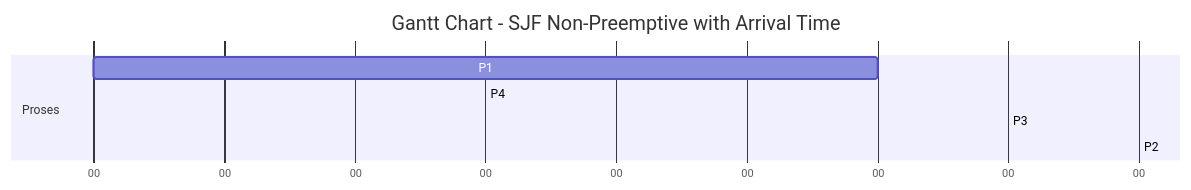
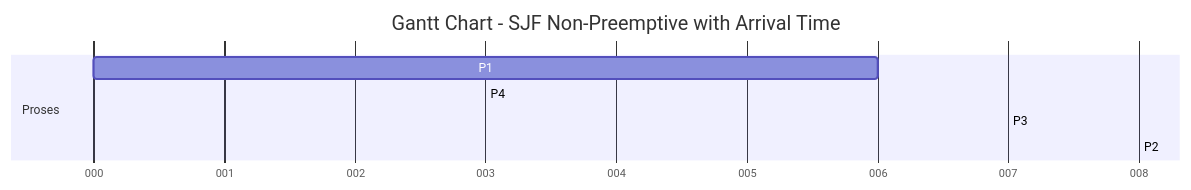
Before and after one commit to Khoirul-Yardan/SisOp-2025: the second of 3 diagrams in pertemuan9/README.md, drawn with Mermaid. The commit also changed other lines of this file, not shown here.

````diff
--- a/pertemuan9/README.md
+++ b/pertemuan9/README.md
@@ -289,11 +289,11 @@
 ```mermaid
 gantt
     title Gantt Chart - SJF Non-Preemptive with Arrival Time
     dateFormat  x
-    axisFormat  %S
+    axisFormat  %L
     section Proses
     P1 : 0, 6
     P4 : 6, 3
     P3 : 9, 7
     P2 : 16, 8
 ```
````
